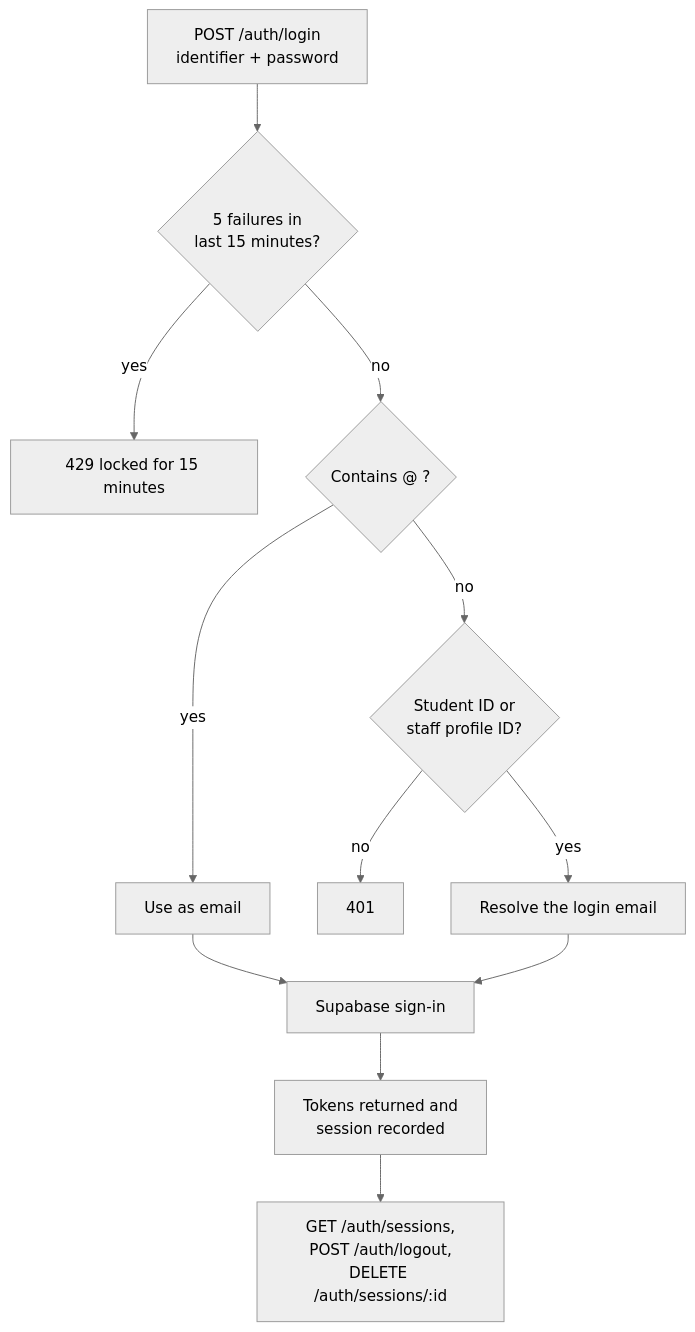
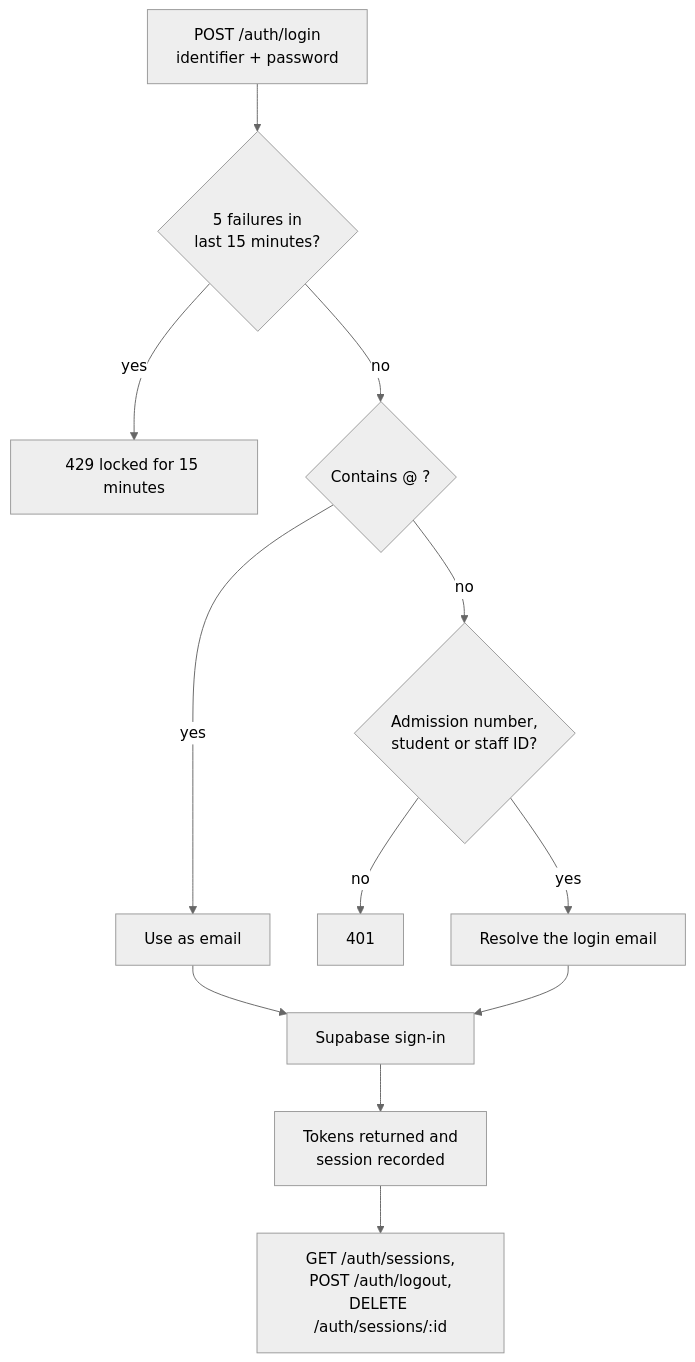
One commit to DhanaSekhar-0-1/ERP_System changed the second of 10 diagrams in docs/role-scenarios.md. Above: the diagram before and after it, drawn with Mermaid (neutral theme). The commit also changed other lines of this file and 22 other files, not shown here.

First line of the commit message:
Register students with admission-number login and Excel import

````diff
--- a/docs/role-scenarios.md
+++ b/docs/role-scenarios.md
@@ -48,14 +48,14 @@
 ```mermaid
 flowchart TD
   A["POST /auth/login<br/>identifier + password"] --> L{5 failures in<br/>last 15 minutes?}
   L -- yes --> X0[429 locked for 15 minutes]
   L -- no --> B{Contains @ ?}
   B -- yes --> E1[Use as email]
-  B -- no --> D{Student ID or<br/>staff profile ID?}
+  B -- no --> D{Admission number,<br/>student or staff ID?}
   D -- no --> X[401]
   D -- yes --> E2[Resolve the login email]
   E1 --> S[Supabase sign-in]
   E2 --> S
   S --> T[Tokens returned and<br/>session recorded]
   T --> M["GET /auth/sessions,<br/>POST /auth/logout,<br/>DELETE /auth/sessions/:id"]
 ```
````
